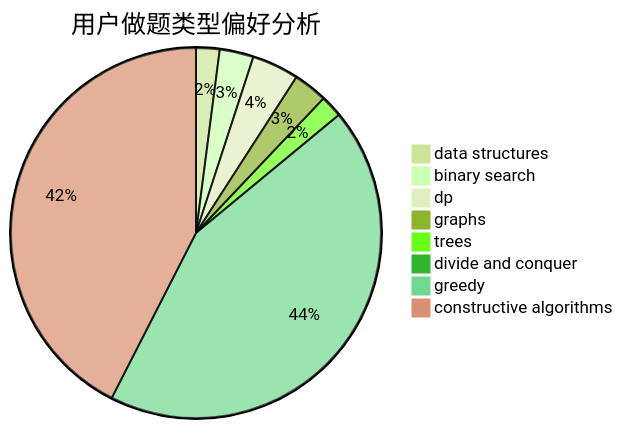
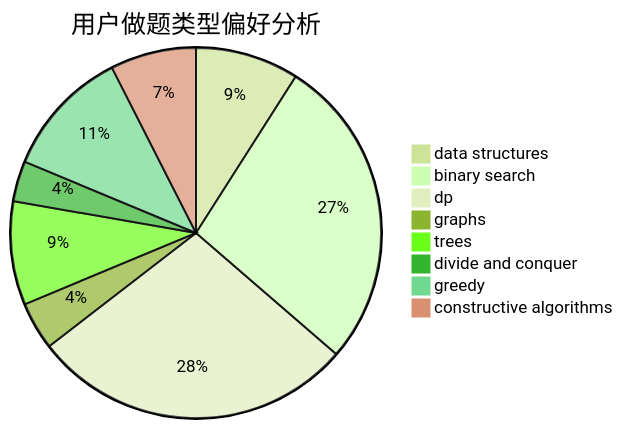
Before and after one commit to sherpahu/cfrs.github.io: the second of 3 diagrams in docs/user/u12.md, drawn with Mermaid (forest theme). The commit also changed other lines of this file and 2770 other files, not shown here.

````diff
--- a/docs/user/u12.md
+++ b/docs/user/u12.md
@@ -23,11 +23,11 @@
 ```mermaid
 pie title 用户做题类型偏好分析
-    "data structures" :  18
-    "binary search" :  26
-    "dp" :  36
-    "graphs" :  26
-    "trees" :  17
-    "divide and conquer" :  0
-    "greedy" :  382
-    "constructive algorithms" :  373
+    "data structures" :  41
+    "binary search" :  124
+    "dp" :  128
+    "graphs" :  19
+    "trees" :  41
+    "divide and conquer" :  16
+    "greedy" :  51
+    "constructive algorithms" :  34
 ```
````
